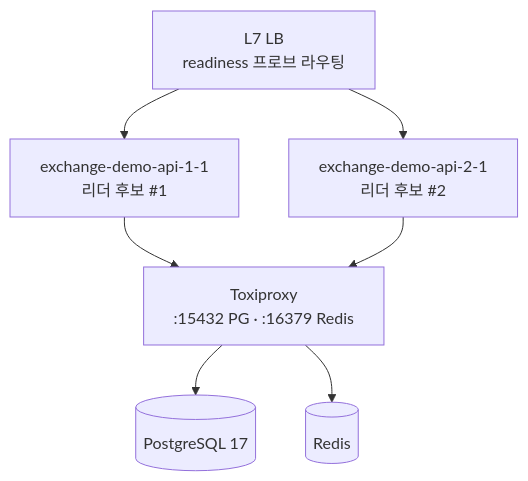
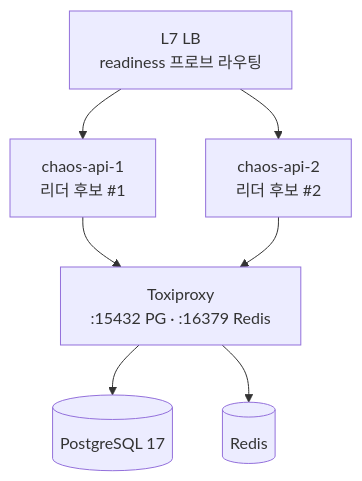
The fifth of 5 diagrams in docs/아키텍처_개관.md (SanghyeokLee-KR/failstop), drawn with Mermaid before and after one commit. The commit also changed 23 other files, not shown here.

````diff
--- a/docs/아키텍처_개관.md
+++ b/docs/아키텍처_개관.md
@@ -293,16 +293,16 @@
 ```mermaid
 flowchart TB
     lb["L7 LB<br/>readiness 프로브 라우팅"]
-    api1["exchange-demo-api-1-1<br/>리더 후보 #1"]
-    api2["exchange-demo-api-2-1<br/>리더 후보 #2"]
+    api1["chaos-api-1<br/>리더 후보 #1"]
+    api2["chaos-api-2<br/>리더 후보 #2"]
     tp["Toxiproxy<br/>:15432 PG · :16379 Redis"]
     db[("PostgreSQL 17")]
     redis[("Redis")]
 
     lb --> api1
     lb --> api2
     api1 --> tp
     api2 --> tp
     tp --> db
     tp --> redis
 ```
````
